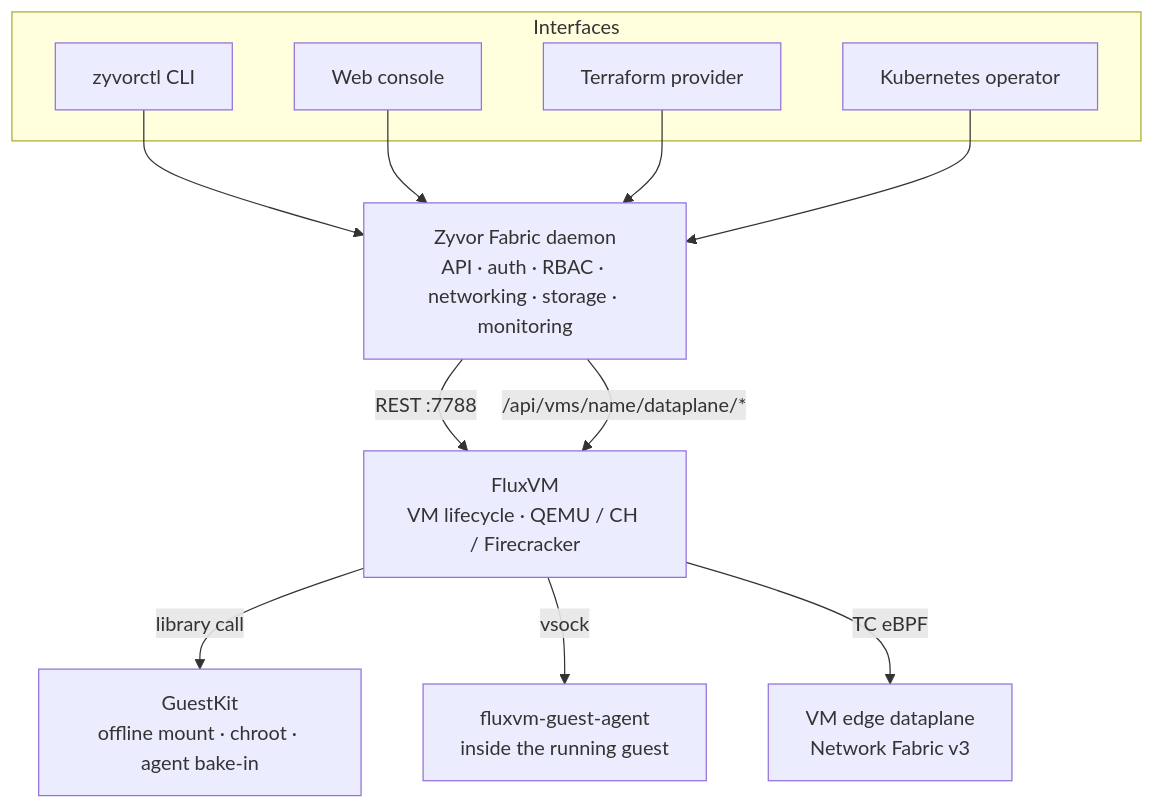
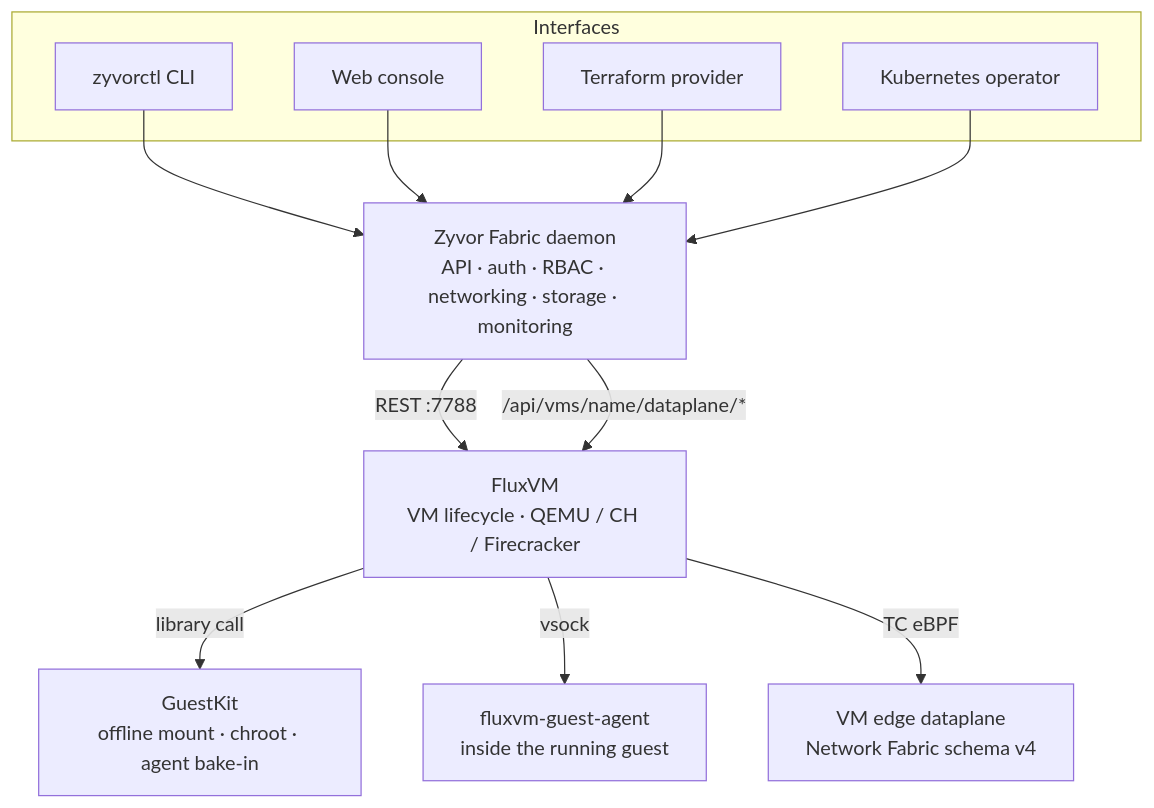
One commit to zyvorai/fabric changed the first of 9 diagrams in README.md. Above: the diagram before and after it, drawn with Mermaid. The commit also changed other lines of this file and 25 other files, not shown here.

First line of the commit message:
Expose FluxVM Network Fabric schema v4 through Fabric API, CLI, and UX.

````diff
--- a/README.md
+++ b/README.md
@@ -185,20 +185,20 @@
 ```mermaid
 flowchart TB
   subgraph Interfaces
     CLI[zyvorctl CLI]
     Web[Web console]
     TF[Terraform provider]
     Op[Kubernetes operator]
   end
   CLI --> Daemon
   Web --> Daemon
   TF --> Daemon
   Op --> Daemon
 
   Daemon[Zyvor Fabric daemon<br/>API · auth · RBAC · networking · storage · monitoring]
   Daemon -- REST :7788 --> Flux[FluxVM<br/>VM lifecycle · QEMU / CH / Firecracker]
   Flux -- library call --> GK[GuestKit<br/>offline mount · chroot · agent bake-in]
   Flux -- vsock --> Agent[fluxvm-guest-agent<br/>inside the running guest]
   Daemon -- "/api/vms/name/dataplane/*" --> Flux
-  Flux -- TC eBPF --> Edge[VM edge dataplane<br/>Network Fabric v3]
+  Flux -- TC eBPF --> Edge[VM edge dataplane<br/>Network Fabric schema v4]
 ```
````
